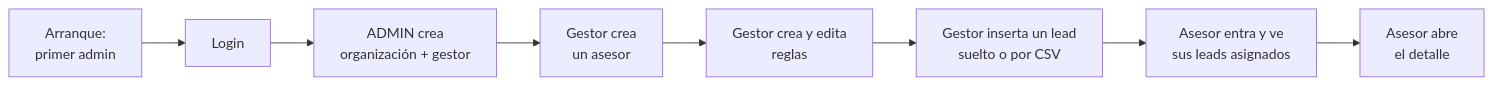
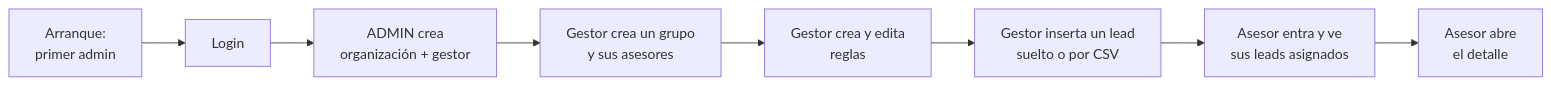
One commit to MDCIrony/leads-hexa changed the second of 2 diagrams in docs/content/roadmap/frontend.md. Above: the diagram before and after it, drawn with Mermaid. The commit also changed other lines of this file and 1 other file, not shown here.

Commit message:
docs(roadmap): bring sales groups into the MVP

````diff
--- a/docs/content/roadmap/frontend.md
+++ b/docs/content/roadmap/frontend.md
@@ -145,10 +145,10 @@
 ```mermaid
 flowchart LR
     A[Arranque:<br/>primer admin] --> B[Login]
     B --> C[ADMIN crea<br/>organización + gestor]
-    C --> D[Gestor crea<br/>un asesor]
+    C --> D[Gestor crea un grupo<br/>y sus asesores]
     D --> E[Gestor crea y edita<br/>reglas]
     E --> F[Gestor inserta un lead<br/>suelto o por CSV]
     F --> G[Asesor entra y ve<br/>sus leads asignados]
     G --> H[Asesor abre<br/>el detalle]
 ```
````
